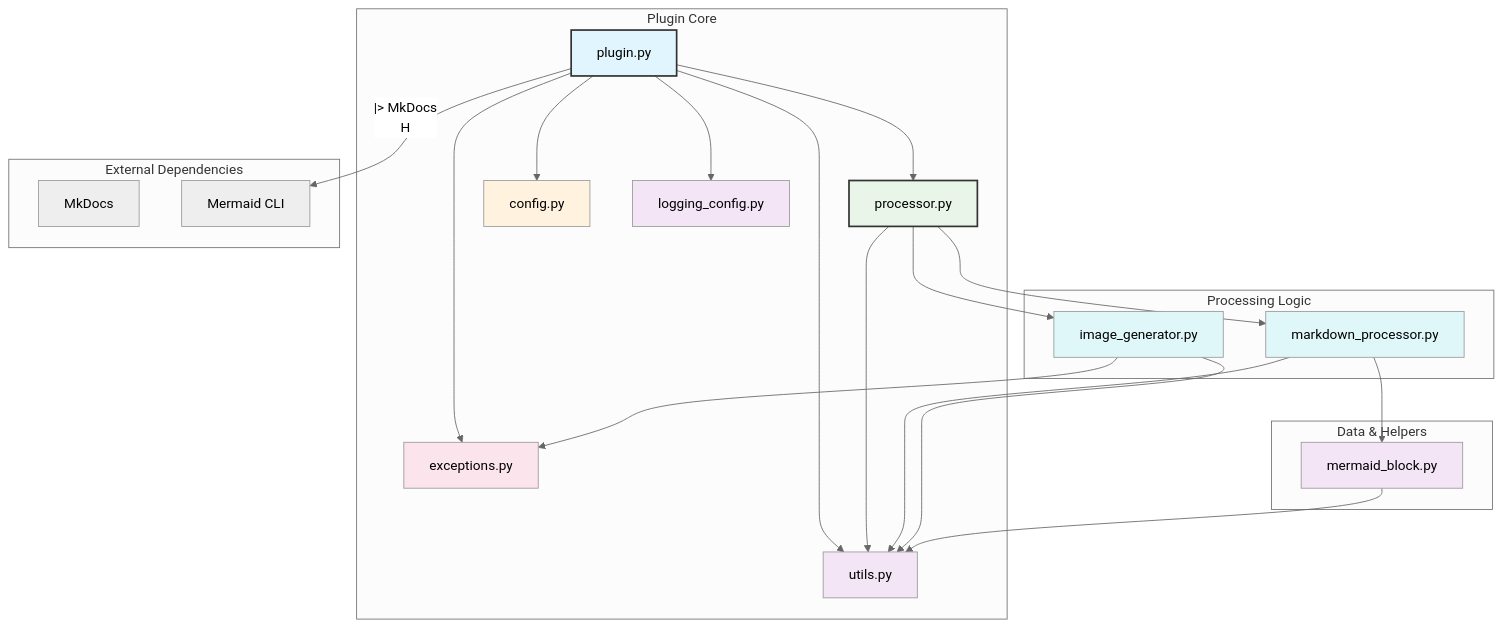
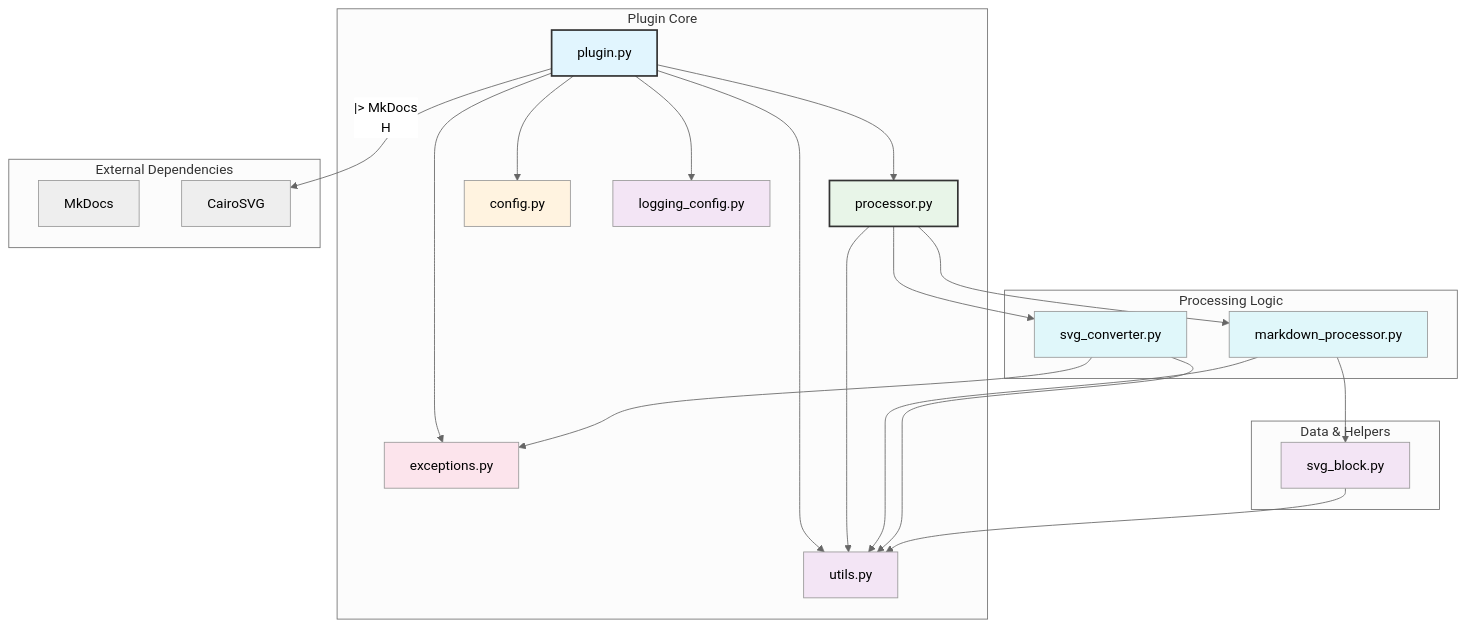
The first of 7 diagrams in docs/architecture.md (nuitsjp/mkdocs-svg-to-png), drawn with Mermaid (neutral theme) before and after one commit. The commit also changed other lines of this file and 34 other files, not shown here.

First line of the commit message:
refactor: SVG to PNG変換機能の完全実装とMermaidからの移行完了

````diff
--- a/docs/architecture.md
+++ b/docs/architecture.md
@@ -28,42 +28,42 @@
 ```mermaid
 graph TD
     subgraph "Plugin Core"
         A[plugin.py] --> B[processor.py]
         A --> C[config.py]
         A --> D[exceptions.py]
         A --> E[utils.py]
         A --> F[logging_config.py]
     end
 
     subgraph "Processing Logic"
         B --> G[markdown_processor.py]
-        B --> H[image_generator.py]
+        B --> H[svg_converter.py]
         B --> E
     end
 
     subgraph "Data & Helpers"
-        G --> I[mermaid_block.py]
+        G --> I[svg_block.py]
         G --> E
         H --> D
         H --> E
         I --> E
     end
 
     subgraph "External Dependencies"
         MkDocs[MkDocs]
-        MermaidCLI[Mermaid CLI]
+        CairoSVG[CairoSVG]
     end
 
     A --|> MkDocs
-    H --> MermaidCLI
+    H --> CairoSVG
 
     style A fill:#e1f5fe,stroke:#333,stroke-width:2px
     style B fill:#e8f5e8,stroke:#333,stroke-width:2px
     style G fill:#e0f7fa
     style H fill:#e0f7fa
     style I fill:#f3e5f5
     style C fill:#fff3e0
     style D fill:#fce4ec
     style E fill:#f3e5f5
     style F fill:#f3e5f5
 ```
````
